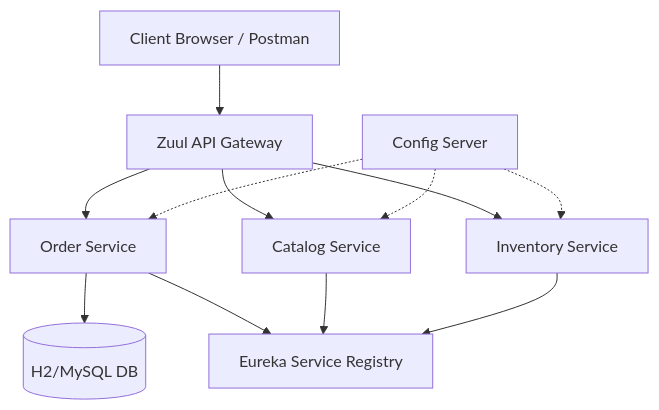
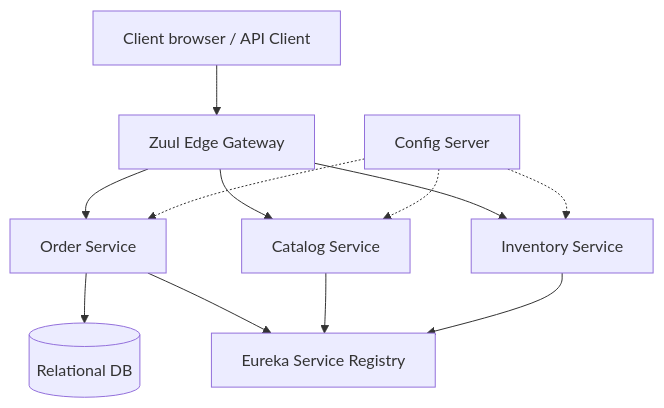
Before and after one commit to tanmaymish/doms-order-service: the diagram in README.md, drawn with Mermaid. The commit also changed other lines of this file, not shown here.

````diff
--- a/README.md
+++ b/README.md
@@ -16,16 +16,16 @@
 ```mermaid
 graph TD
-    Client[Client Browser / Postman] --> Gateway[Zuul API Gateway]
+    Client[Client browser / API Client] --> Gateway[Zuul Edge Gateway]
     Gateway --> Orders[Order Service]
     Gateway --> Catalog[Catalog Service]
     Gateway --> Inventory[Inventory Service]
     
-    Orders --> DB[(H2/MySQL DB)]
+    Orders --> DB[(Relational DB)]
     Orders --> Registry[Eureka Service Registry]
     Catalog --> Registry
     Inventory --> Registry
     
     Config[Config Server] -.-> Orders
     Config -.-> Catalog
     Config -.-> Inventory
 ```
````
